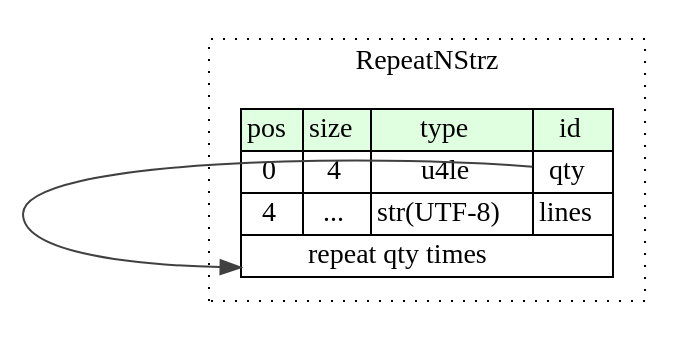
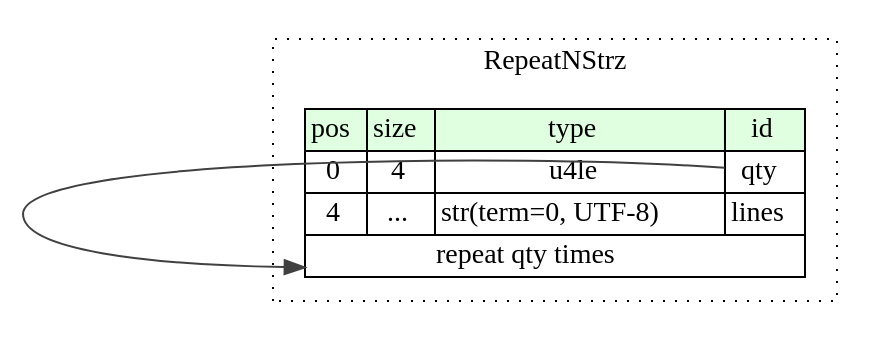
The diagram in compiled/graphviz/repeat_n_strz.dot (kaitai-io/ci_targets), drawn with Graphviz before and after one commit. The commit also changed 439 other files, not shown here.

```diff
--- a/compiled/graphviz/repeat_n_strz.dot
+++ b/compiled/graphviz/repeat_n_strz.dot
@@ -1,16 +1,16 @@
 digraph {
 	rankdir=LR;
 	node [shape=plaintext];
 	subgraph cluster__repeat_n_strz {
 		label="RepeatNStrz";
 		graph[style=dotted];
 
 		repeat_n_strz__seq [label=<<TABLE BORDER="0" CELLBORDER="1" CELLSPACING="0">
 			<TR><TD BGCOLOR="#E0FFE0">pos</TD><TD BGCOLOR="#E0FFE0">size</TD><TD BGCOLOR="#E0FFE0">type</TD><TD BGCOLOR="#E0FFE0">id</TD></TR>
 			<TR><TD PORT="qty_pos">0</TD><TD PORT="qty_size">4</TD><TD>u4le</TD><TD PORT="qty_type">qty</TD></TR>
-			<TR><TD PORT="lines_pos">4</TD><TD PORT="lines_size">...</TD><TD>str(UTF-8)</TD><TD PORT="lines_type">lines</TD></TR>
+			<TR><TD PORT="lines_pos">4</TD><TD PORT="lines_size">...</TD><TD>str(term=0, UTF-8)</TD><TD PORT="lines_type">lines</TD></TR>
 			<TR><TD COLSPAN="4" PORT="lines__repeat">repeat qty times</TD></TR>
 		</TABLE>>];
 	}
 	repeat_n_strz__seq:qty_type -> repeat_n_strz__seq:lines__repeat [color="#404040"];
 }
```
